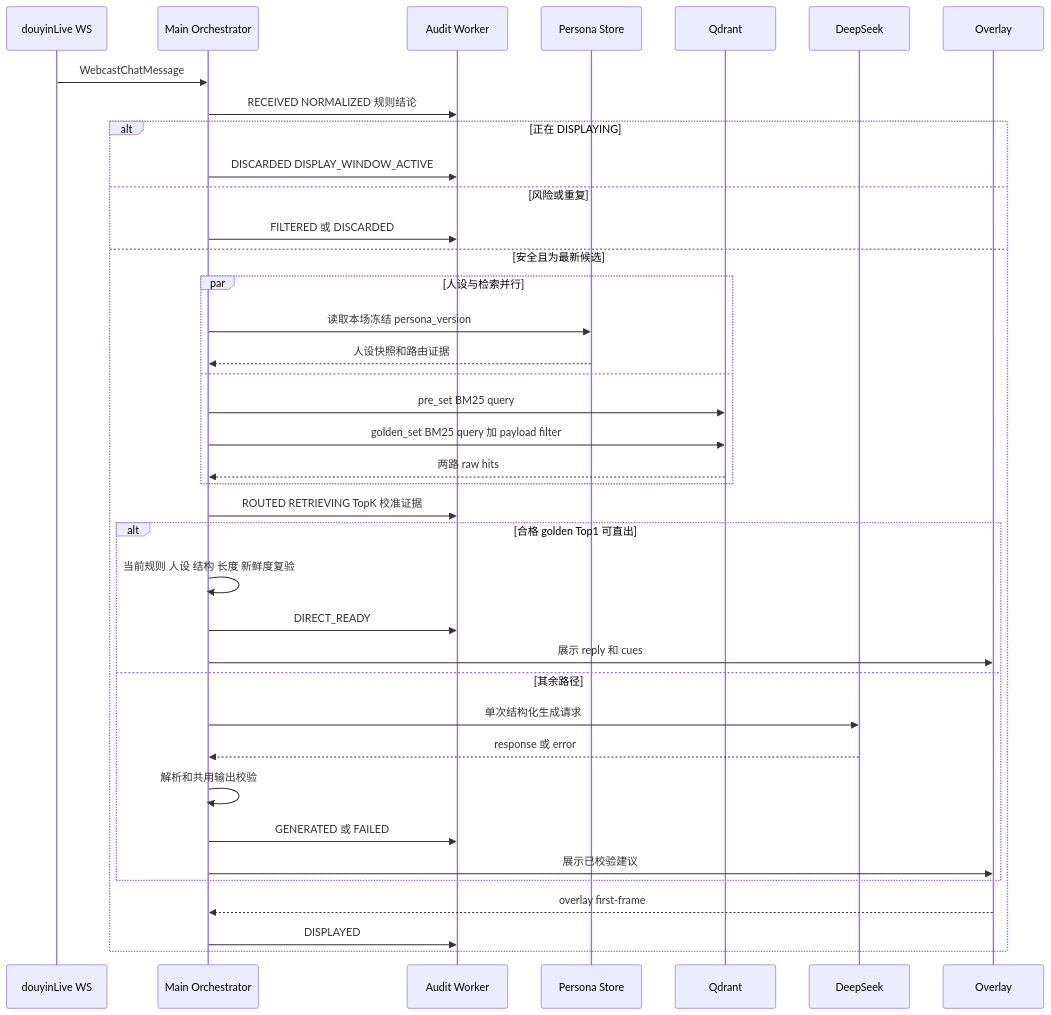
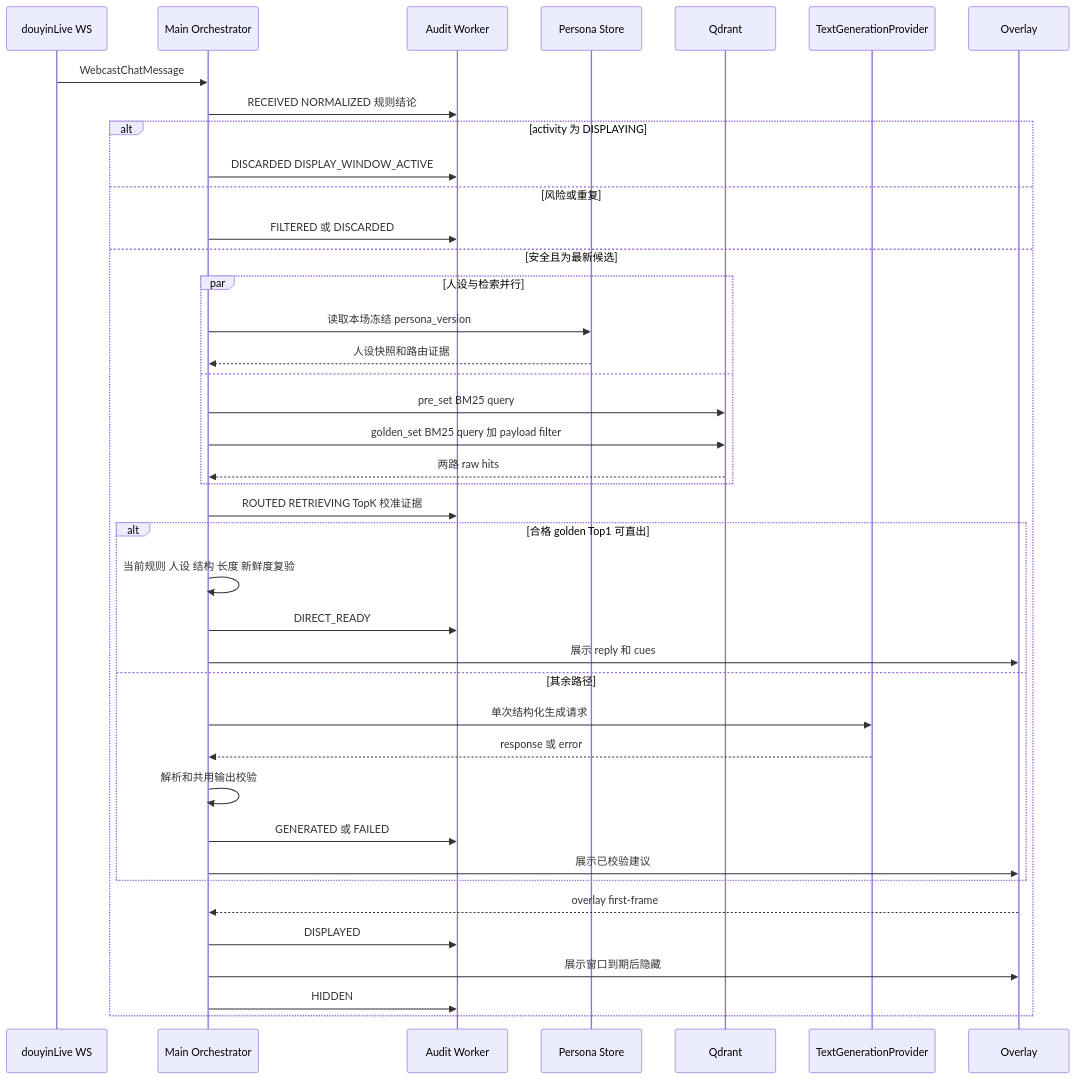
The seventh of 12 diagrams in docs/09-design/Echocue-系统详细设计图册-v0.1.md (Ahsen17/douyin-echocue-standalone), drawn with Mermaid before and after one commit. The commit also changed other lines of this file and 40 other files, not shown here.

````diff
--- a/docs/09-design/Echocue-系统详细设计图册-v0.1.md
+++ b/docs/09-design/Echocue-系统详细设计图册-v0.1.md
@@ -241,41 +241,43 @@
 ```mermaid
 sequenceDiagram
   participant W as douyinLive WS
   participant M as Main Orchestrator
   participant A as Audit Worker
   participant P as Persona Store
   participant Q as Qdrant
-  participant D as DeepSeek
+  participant D as TextGenerationProvider
   participant O as Overlay
 
   W->>M: WebcastChatMessage
   M->>A: RECEIVED NORMALIZED 规则结论
-  alt 正在 DISPLAYING
+  alt activity 为 DISPLAYING
     M->>A: DISCARDED DISPLAY_WINDOW_ACTIVE
   else 风险或重复
     M->>A: FILTERED 或 DISCARDED
   else 安全且为最新候选
     par 人设与检索并行
       M->>P: 读取本场冻结 persona_version
       P-->>M: 人设快照和路由证据
     and
       M->>Q: pre_set BM25 query
       M->>Q: golden_set BM25 query 加 payload filter
       Q-->>M: 两路 raw hits
     end
     M->>A: ROUTED RETRIEVING TopK 校准证据
     alt 合格 golden Top1 可直出
       M->>M: 当前规则 人设 结构 长度 新鲜度复验
       M->>A: DIRECT_READY
       M->>O: 展示 reply 和 cues
     else 其余路径
       M->>D: 单次结构化生成请求
       D-->>M: response 或 error
       M->>M: 解析和共用输出校验
       M->>A: GENERATED 或 FAILED
       M->>O: 展示已校验建议
     end
     O-->>M: overlay first-frame
     M->>A: DISPLAYED
+    M->>O: 展示窗口到期后隐藏
+    M->>A: HIDDEN
   end
 ```
````
